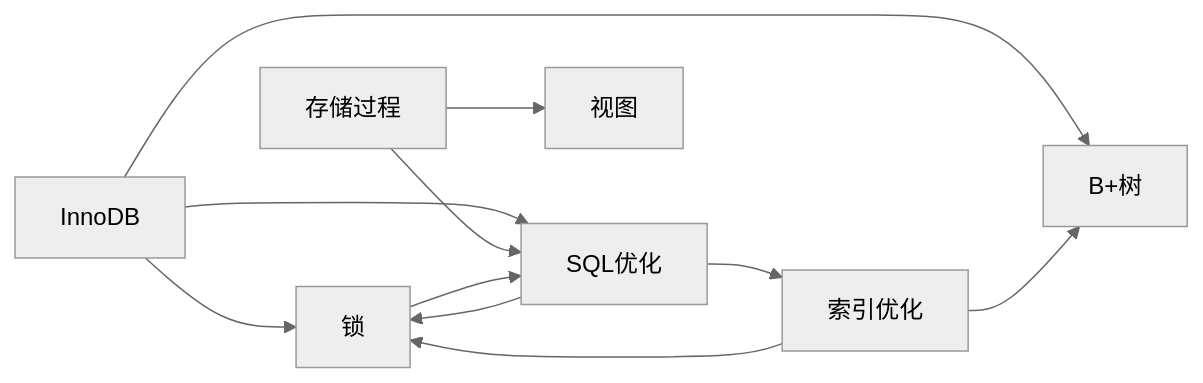
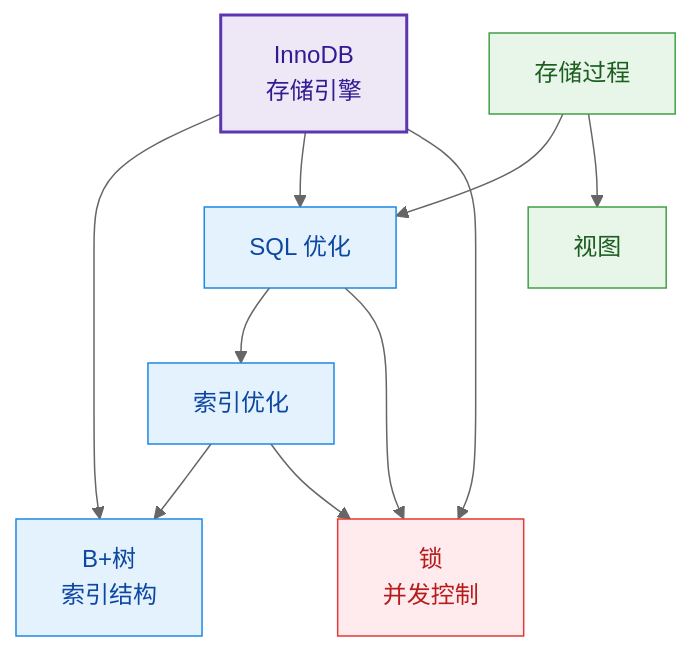
Before and after one commit to fanyu99/MyNote: the diagram in MySQL数据库/MySQL数据库 MOC.md, drawn with Mermaid (neutral theme). The commit also changed 26 other files, not shown here.

````diff
--- a/MySQL数据库/MySQL数据库 MOC.md
+++ b/MySQL数据库/MySQL数据库 MOC.md
@@ -33,13 +33,29 @@
 ```mermaid
-graph LR
-    A[InnoDB] --> B[锁]
-    A --> C[SQL优化]
-    A --> D[B+树]
-    C --> E[索引优化]
+flowchart TD
+    A["InnoDB<br/>存储引擎"]
+    D["B+树<br/>索引结构"]
+    E["索引优化"]
+    C["SQL 优化"]
+    B["锁<br/>并发控制"]
+    F["存储过程"]
+    G["视图"]
+
+    A --> D
+    A --> C
+    A --> B
+    C --> E
     E --> D
+    E --> B
     C --> B
-    F[存储过程] --> C
-    F --> G[视图]
-    B --> C
-    E --> B
+    F --> C
+    F --> G
+
+    classDef core fill:#ede7f6,stroke:#5e35b1,stroke-width:2px,color:#311b92;
+    classDef idx fill:#e3f2fd,stroke:#1e88e5,color:#0d47a1;
+    classDef conc fill:#ffebee,stroke:#e53935,color:#b71c1c;
+    classDef obj fill:#e8f5e9,stroke:#43a047,color:#1b5e20;
+    class A core;
+    class D,E,C idx;
+    class B conc;
+    class F,G obj;
 ```
````
